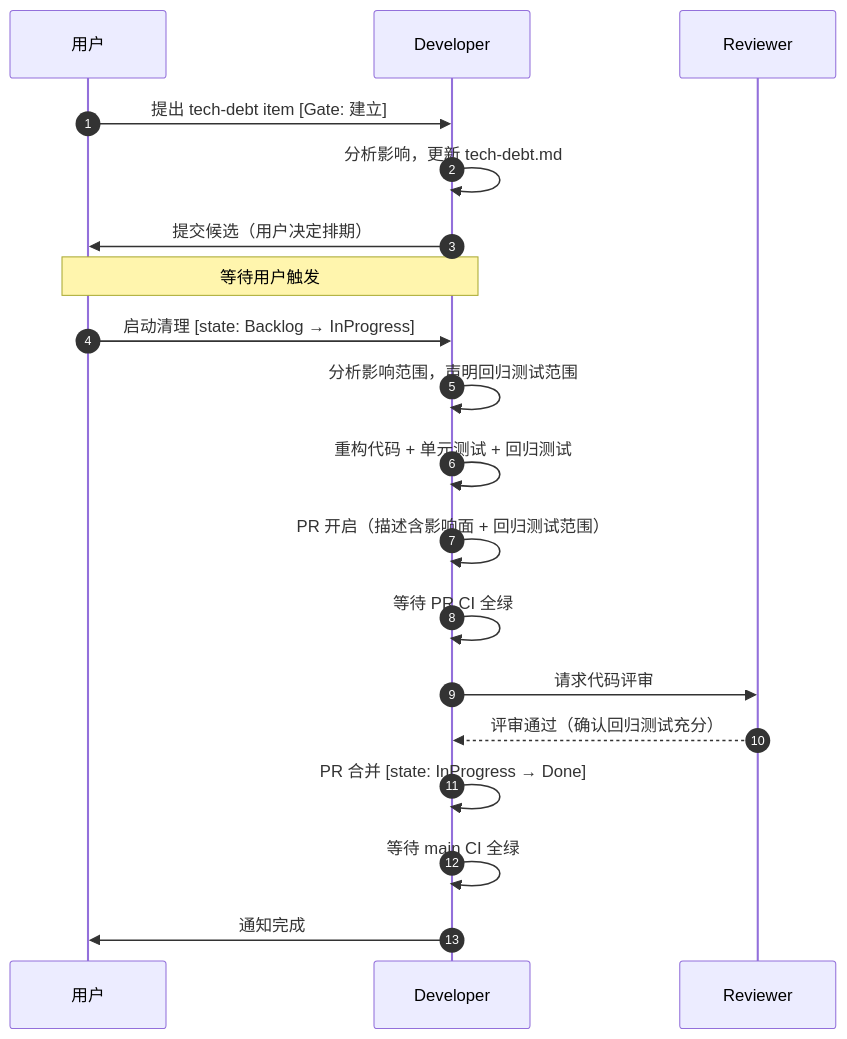
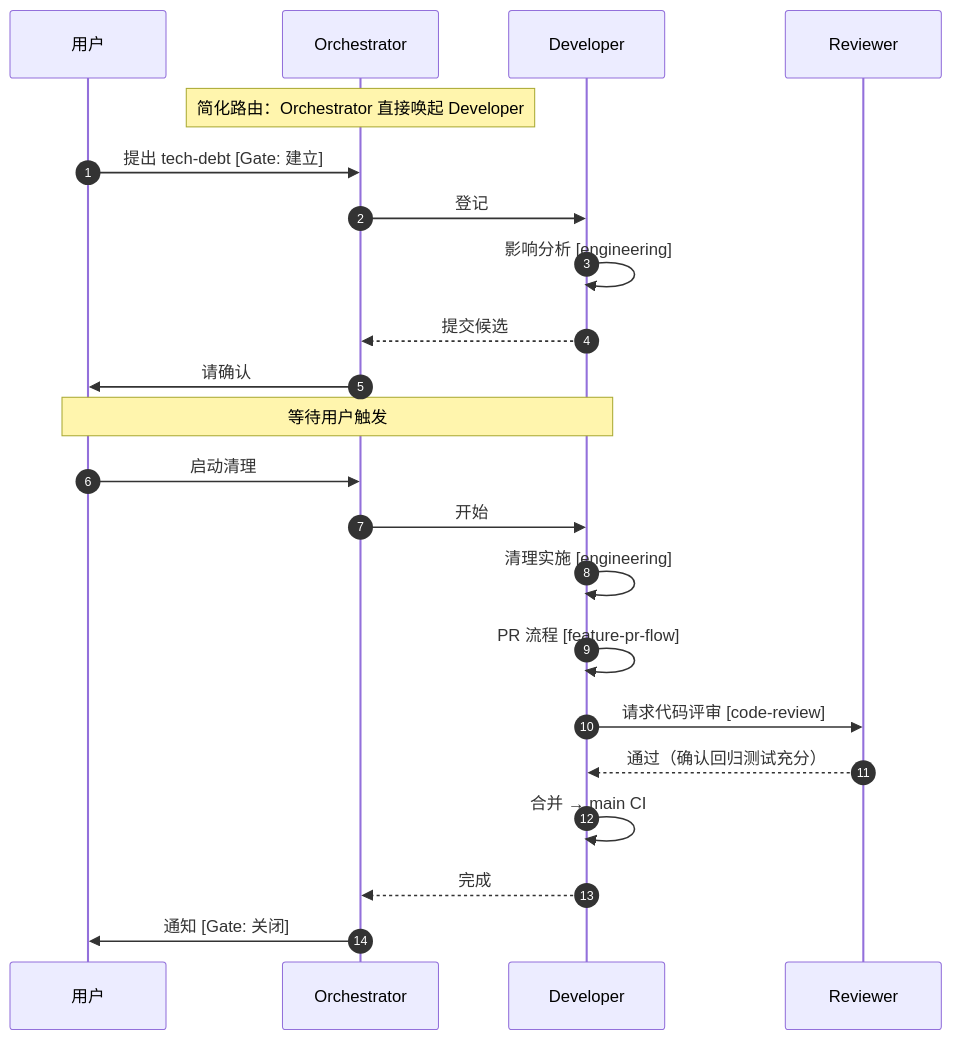
One commit to leoricmaster/ffp changed the first of 2 diagrams in docs/process/tech-debt-flow.md. Above: the diagram before and after it, drawn with Mermaid. The commit also changed other lines of this file and 13 other files, not shown here.

````diff
--- a/docs/process/tech-debt-flow.md
+++ b/docs/process/tech-debt-flow.md
@@ -5,24 +5,28 @@
 ```mermaid
 sequenceDiagram
   autonumber
   participant U as 用户
+  participant O as Orchestrator
   participant D as Developer
   participant R as Reviewer
 
-  U->>D: 提出 tech-debt item [Gate: 建立]
-  D->>D: 分析影响，更新 tech-debt.md
-  D->>U: 提交候选（用户决定排期）
+  Note over O: 简化路由：Orchestrator 直接唤起 Developer
+
+  U->>O: 提出 tech-debt [Gate: 建立]
+  O->>D: 登记
+  D->>D: 影响分析 [engineering]
+  D-->>O: 提交候选
+  O->>U: 请确认
 
   Note over U,D: 等待用户触发
 
-  U->>D: 启动清理 [state: Backlog → InProgress]
-  D->>D: 分析影响范围，声明回归测试范围
-  D->>D: 重构代码 + 单元测试 + 回归测试
-  D->>D: PR 开启（描述含影响面 + 回归测试范围）
-  D->>D: 等待 PR CI 全绿
-  D->>R: 请求代码评审
-  R-->>D: 评审通过（确认回归测试充分）
-  D->>D: PR 合并 [state: InProgress → Done]
-  D->>D: 等待 main CI 全绿
-  D->>U: 通知完成
+  U->>O: 启动清理
+  O->>D: 开始
+  D->>D: 清理实施 [engineering]
+  D->>D: PR 流程 [feature-pr-flow]
+  D->>R: 请求代码评审 [code-review]
+  R-->>D: 通过（确认回归测试充分）
+  D->>D: 合并 → main CI
+  D-->>O: 完成
+  O->>U: 通知 [Gate: 关闭]
 ```
````
